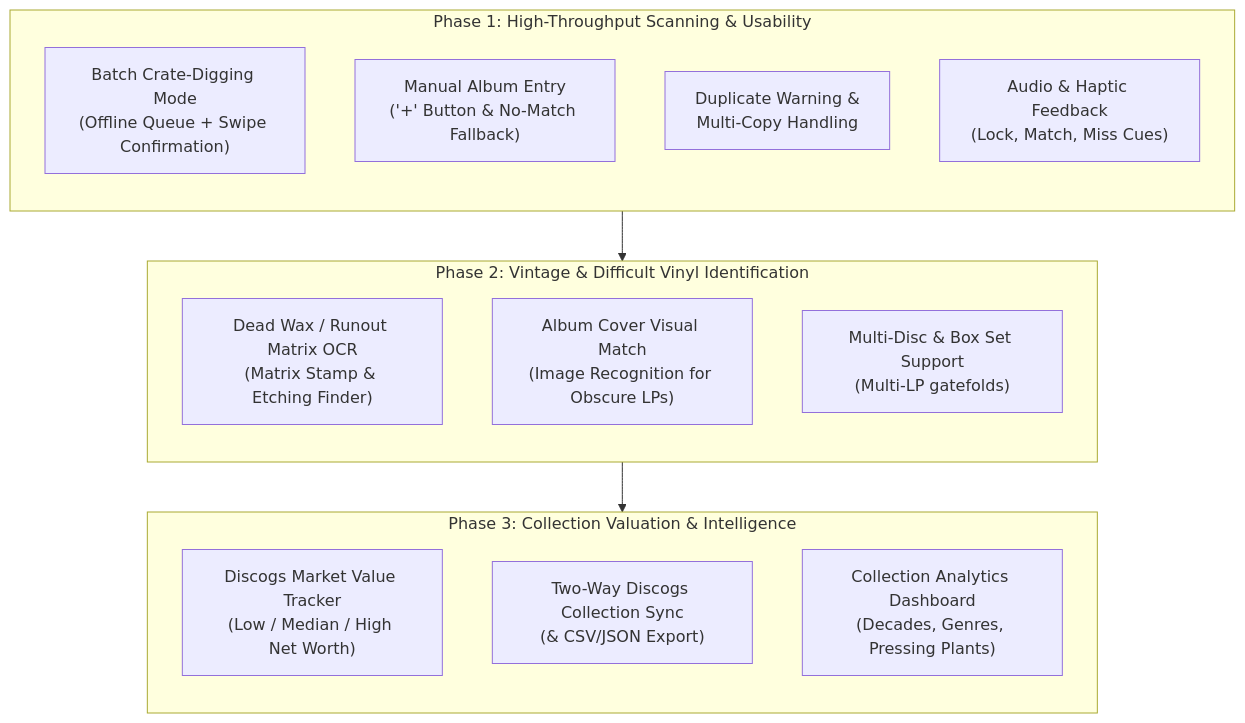
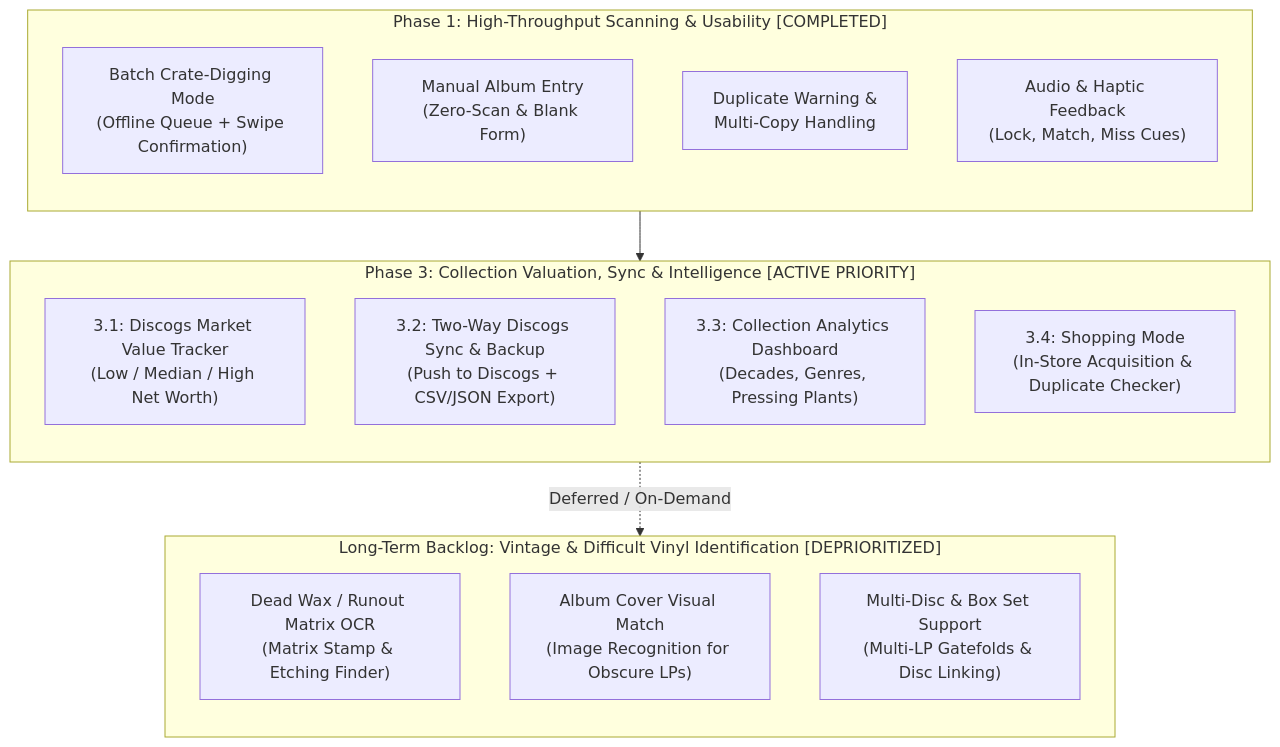
One commit to aalguero/album_catalog changed the diagram in ROADMAP.md. Above: the diagram before and after it, drawn with Mermaid. The commit also changed other lines of this file and 1 other file, not shown here.

Commit message:
docs: reprioritize Phase 3 as active focus and move Phase 2 to long-term backlog

````diff
--- a/ROADMAP.md
+++ b/ROADMAP.md
@@ -9,27 +9,28 @@
 ```mermaid
 flowchart TD
-    subgraph P1["Phase 1: High-Throughput Scanning & Usability"]
+    subgraph P1["Phase 1: High-Throughput Scanning & Usability [COMPLETED]"]
         direction TB
         B1["Batch Crate-Digging Mode\n(Offline Queue + Swipe Confirmation)"]
-        B2["Manual Album Entry\n('+' Button & No-Match Fallback)"]
+        B2["Manual Album Entry\n(Zero-Scan & Blank Form)"]
         B3["Duplicate Warning &\nMulti-Copy Handling"]
         B4["Audio & Haptic Feedback\n(Lock, Match, Miss Cues)"]
     end
 
-    subgraph P2["Phase 2: Vintage & Difficult Vinyl Identification"]
+    subgraph P3["Phase 3: Collection Valuation, Sync & Intelligence [ACTIVE PRIORITY]"]
+        direction TB
+        C1["3.1: Discogs Market Value Tracker\n(Low / Median / High Net Worth)"]
+        C2["3.2: Two-Way Discogs Sync & Backup\n(Push to Discogs + CSV/JSON Export)"]
+        C3["3.3: Collection Analytics Dashboard\n(Decades, Genres, Pressing Plants)"]
+        C4["3.4: Shopping Mode\n(In-Store Acquisition & Duplicate Checker)"]
+    end
+
+    subgraph LTB["Long-Term Backlog: Vintage & Difficult Vinyl Identification [DEPRIORITIZED]"]
         direction TB
         V1["Dead Wax / Runout Matrix OCR\n(Matrix Stamp & Etching Finder)"]
         V2["Album Cover Visual Match\n(Image Recognition for Obscure LPs)"]
-        V3["Multi-Disc & Box Set Support\n(Multi-LP gatefolds)"]
+        V3["Multi-Disc & Box Set Support\n(Multi-LP Gatefolds & Disc Linking)"]
     end
 
-    subgraph P3["Phase 3: Collection Valuation & Intelligence"]
-        direction TB
-        C1["Discogs Market Value Tracker\n(Low / Median / High Net Worth)"]
-        C2["Two-Way Discogs Collection Sync\n(& CSV/JSON Export)"]
-        C3["Collection Analytics Dashboard\n(Decades, Genres, Pressing Plants)"]
-    end
-
-    P1 --> P2
-    P2 --> P3
+    P1 --> P3
+    P3 -.->|Deferred / On-Demand| LTB
 ```
````
